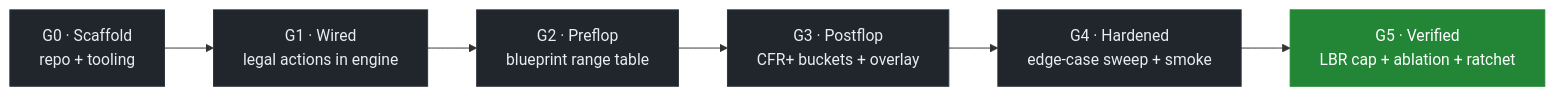
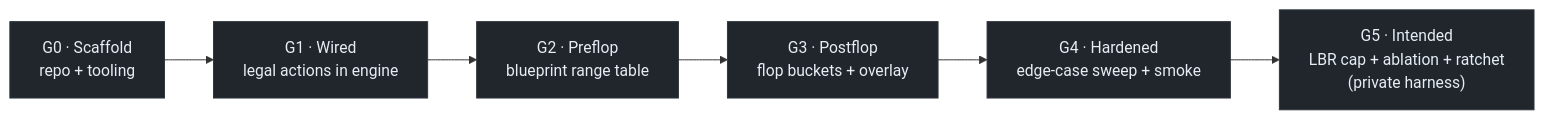
One commit to ZealousEar/PokerBot changed the second of 2 diagrams in README.md. Above: the diagram before and after it, drawn with Mermaid. The commit also changed other lines of this file and 1 other file, not shown here.

First line of the commit message:
honesty: reframe README methods, G5 gate, exploitability caps

````diff
--- a/README.md
+++ b/README.md
@@ -199,14 +199,12 @@
 ```mermaid
 flowchart LR
     G0["G0 · Scaffold<br/>repo + tooling"]
     G1["G1 · Wired<br/>legal actions in engine"]
     G2["G2 · Preflop<br/>blueprint range table"]
-    G3["G3 · Postflop<br/>CFR+ buckets + overlay"]
+    G3["G3 · Postflop<br/>flop buckets + overlay"]
     G4["G4 · Hardened<br/>edge-case sweep + smoke"]
-    G5["G5 · Verified<br/>LBR cap + ablation + ratchet"]
+    G5["G5 · Intended<br/>LBR cap + ablation + ratchet<br/>(private harness)"]
     G0 --> G1 --> G2 --> G3 --> G4 --> G5
     classDef gate fill:#21262d,color:#e6edf3,stroke:#30363d;
-    classDef verified fill:#238636,color:#ffffff,stroke:#238636;
-    class G0,G1,G2,G3,G4 gate;
-    class G5 verified;
+    class G0,G1,G2,G3,G4,G5 gate;
 ```
````
